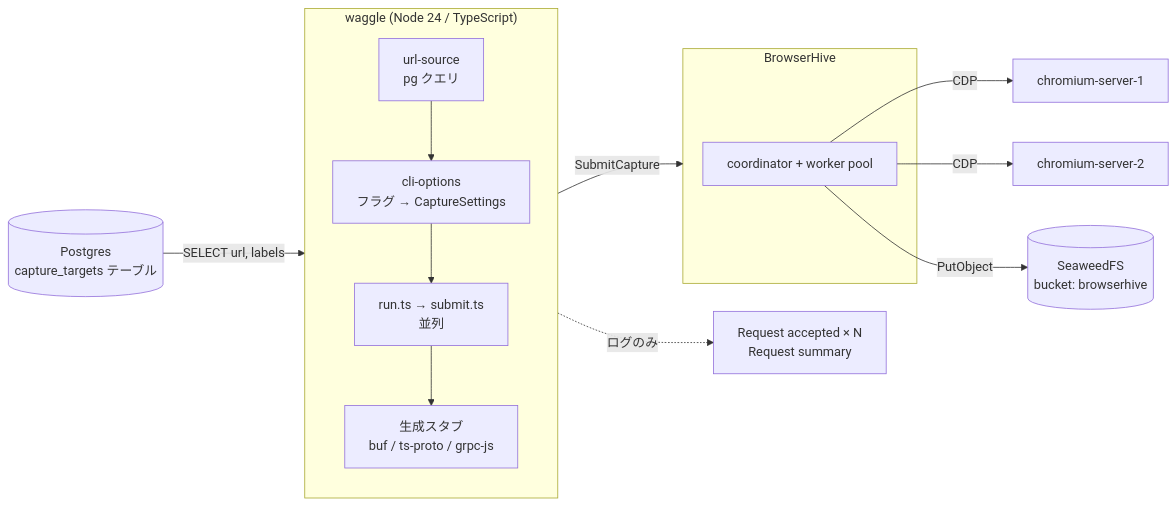
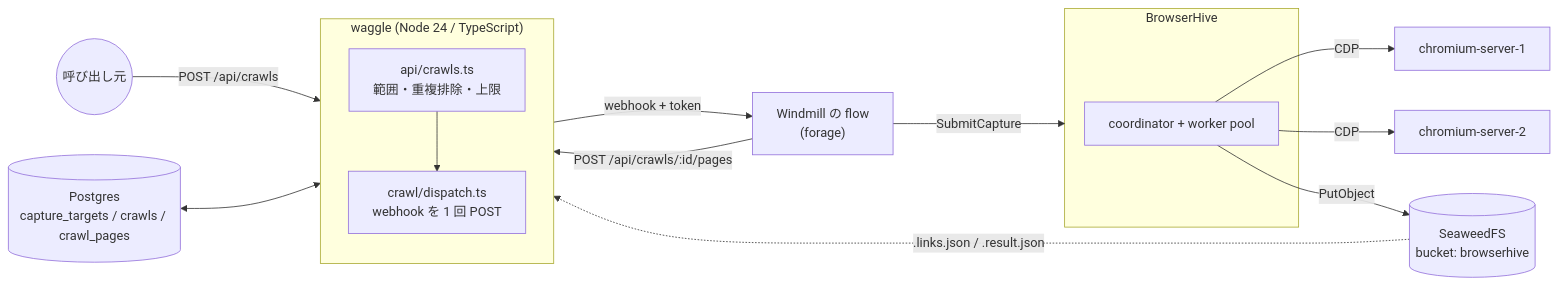
The first of 2 diagrams in docs-site/src/content/docs/ja/architecture.mdx (uraitakahito/waggle), drawn with Mermaid before and after one commit. The commit also changed other lines of this file and 21 other files, not shown here.

````diff
--- a/docs-site/src/content/docs/ja/architecture.mdx
+++ b/docs-site/src/content/docs/ja/architecture.mdx
@@ -8,18 +8,21 @@
 ```mermaid
 flowchart LR
-  PG[("Postgres<br/>capture_targets テーブル")] -->|SELECT url, labels| W
+  U((呼び出し元)) -->|"POST /api/crawls"| W
+  PG[("Postgres<br/>capture_targets / crawls / crawl_pages")] <--> W
   subgraph W["waggle (Node 24 / TypeScript)"]
     direction TB
-    US[url-source<br/>pg クエリ] --> CO[cli-options<br/>フラグ → CaptureSettings]
-    CO --> RUN[run.ts → submit.ts<br/>並列]
-    RUN --> SDK[生成スタブ<br/>buf / ts-proto / grpc-js]
+    API["api/crawls.ts<br/>範囲・重複排除・上限"]
+    DIS["crawl/dispatch.ts<br/>webhook を 1 回 POST"]
+    API --> DIS
   end
-  SDK -->|SubmitCapture| BH
+  DIS -->|"webhook + token"| WM["Windmill の flow<br/>(forage)"]
+  WM -->|SubmitCapture| BH
   subgraph BH["BrowserHive"]
     COORD[coordinator + worker pool]
   end
   COORD -->|CDP| C1[chromium-server-1]
   COORD -->|CDP| C2[chromium-server-2]
   COORD -->|PutObject| S3[(SeaweedFS<br/>bucket: browserhive)]
-  W -.->|ログのみ| OUT["Request accepted × N<br/>Request summary"]
+  WM -->|"POST /api/crawls/:id/pages"| API
+  S3 -.->|".links.json / .result.json"| API
 ```
````
